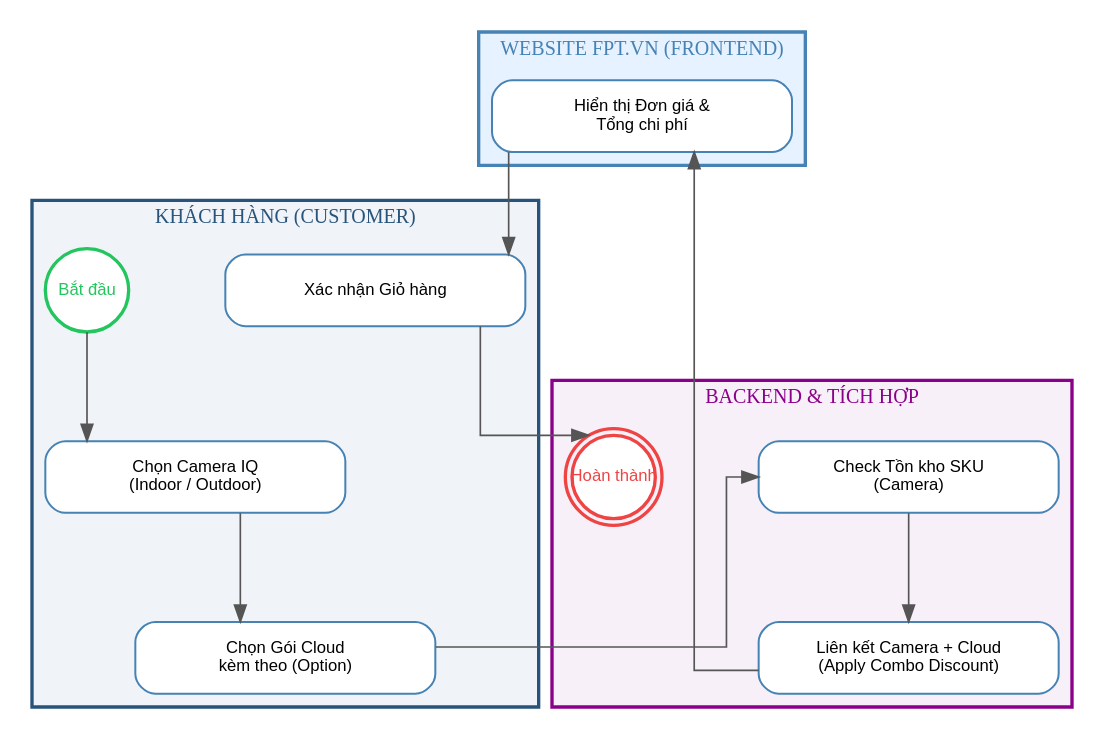
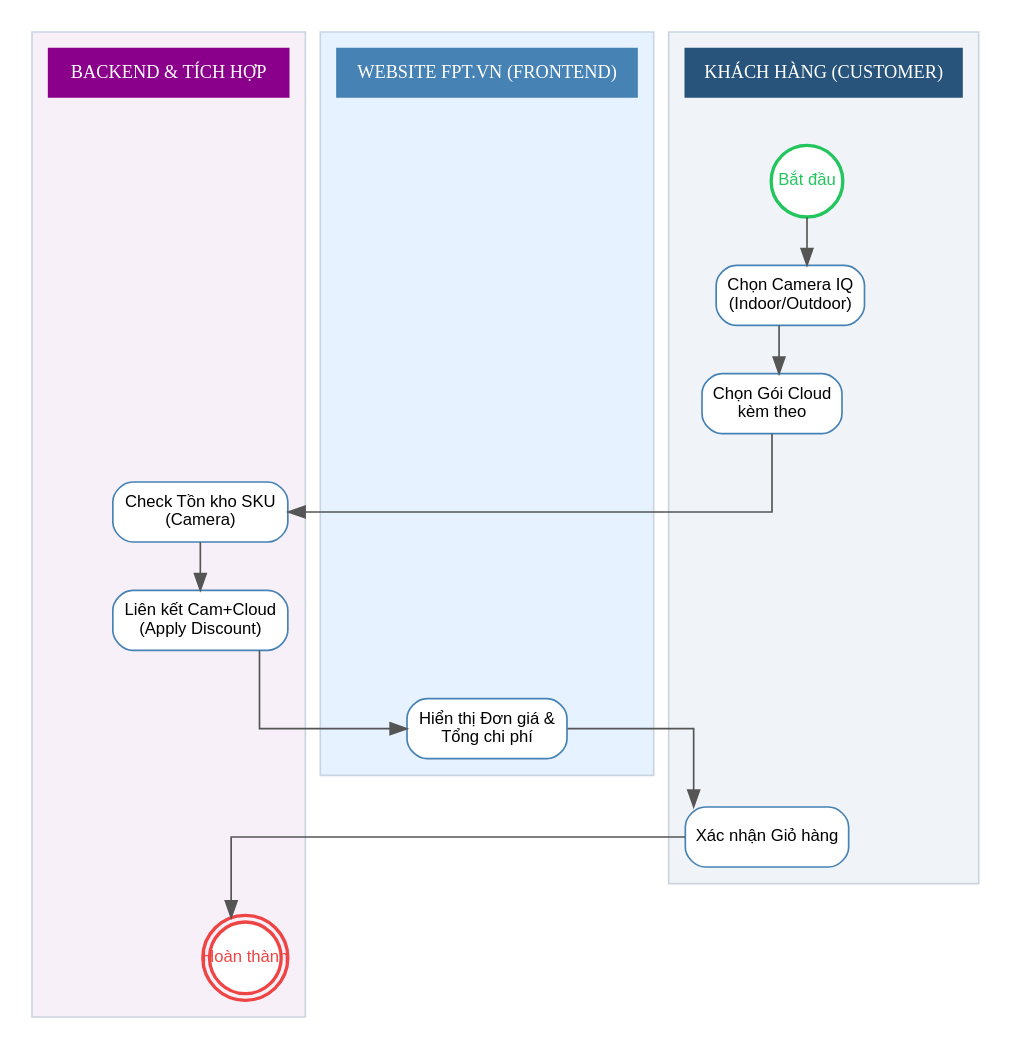
Before and after one commit to hathuy2706-BA/FPT: the diagram in diagrams/bpmn_fr01_camera.dot, drawn with Graphviz. The commit also changed 17 other files, not shown here.

Commit message:
docs: Refine BPMN diagrams to strictly separate customer/system nodes into distinct vertical swimlanes fitting perfectly inside document frame

```diff
--- a/diagrams/bpmn_fr01_camera.dot
+++ b/diagrams/bpmn_fr01_camera.dot
@@ -1,42 +1,42 @@
 
 digraph G {
 
     rankdir=TB;
     splines=ortho;
-    nodesep=0.8;
-    ranksep=0.8;
-    node [fontname="Arial", fontsize=10, shape=box, style="rounded,filled", fillcolor="white", color="#4682B4", penwidth=1.2, width=2.5, height=0.6];
+    nodesep=0.4;
+    ranksep=0.4;
+    newrank=true;
+    compound=true;
+    fontname="Arial";
+    
+    // Default node style
+    node [fontname="Arial", fontsize=10, shape=box, style="rounded,filled", fillcolor="white", color="#4682B4", penwidth=1.0, margin=0.1];
     edge [fontname="Arial", fontsize=9, color="#555555", penwidth=1.0];
 
-
     subgraph cluster_customer {
-        label="KHÁCH HÀNG (CUSTOMER)";
-        style=filled; color="#28547B"; fillcolor="#F0F4F8"; penwidth=2;
-        fontcolor="#28547B"; fontsize=12; fontname="Arial bold"; labelloc="t"; labeljust="c";
-
-        start [label="Bắt đầu", shape=circle, style="filled", fillcolor="white", color="#22C55E", fontcolor="#22C55E", penwidth=2, width=0.7, fixedsize=true];
-        select_cam [label="Chọn Camera IQ\n(Indoor / Outdoor)"];
-        choose_cloud [label="Chọn Gói Cloud\nkèm theo (Option)"];
+        style=filled; color="#CBD5E1"; fillcolor="#F0F4F8"; penwidth=1; label=""; margin=10;
+        h_cust [label="KHÁCH HÀNG (CUSTOMER)", shape=box, style="filled", fillcolor="#28547B", color="#28547B", fontcolor="white", fontsize=11, fontname="Arial bold", width=2.0, height=0.4, fixedsize=false];
+        start [label="Bắt đầu", shape=circle, style="filled", fillcolor="white", color="#22C55E", fontcolor="#22C55E", penwidth=2, width=0.6, fixedsize=true];
+        select_cam [label="Chọn Camera IQ\n(Indoor/Outdoor)"];
+        choose_cloud [label="Chọn Gói Cloud\nkèm theo"];
         view_cart [label="Xác nhận Giỏ hàng"];
+        h_cust -> start [style=invis];
     }
-
     subgraph cluster_fe {
-        label="WEBSITE FPT.VN (FRONTEND)";
-        style=filled; color="#4682B4"; fillcolor="#E6F2FF"; penwidth=2;
-        fontcolor="#4682B4"; fontsize=12; fontname="Arial bold"; labelloc="t"; labeljust="c";
-
+        style=filled; color="#CBD5E1"; fillcolor="#E6F2FF"; penwidth=1; label=""; margin=10;
+        h_fe [label="WEBSITE FPT.VN (FRONTEND)", shape=box, style="filled", fillcolor="#4682B4", color="#4682B4", fontcolor="white", fontsize=11, fontname="Arial bold", width=2.0, height=0.4, fixedsize=false];
         render_item [label="Hiển thị Đơn giá &\nTổng chi phí"];
+        h_fe -> render_item [style=invis];
     }
-
     subgraph cluster_be {
-        label="BACKEND & TÍCH HỢP";
-        style=filled; color="#8B008B"; fillcolor="#F8F0F8"; penwidth=2;
-        fontcolor="#8B008B"; fontsize=12; fontname="Arial bold"; labelloc="t"; labeljust="c";
-
+        style=filled; color="#CBD5E1"; fillcolor="#F8F0F8"; penwidth=1; label=""; margin=10;
+        h_be [label="BACKEND & TÍCH HỢP", shape=box, style="filled", fillcolor="#8B008B", color="#8B008B", fontcolor="white", fontsize=11, fontname="Arial bold", width=2.0, height=0.4, fixedsize=false];
         check_sku [label="Check Tồn kho SKU\n(Camera)"];
-        bind_cloud [label="Liên kết Camera + Cloud\n(Apply Combo Discount)"];
-        end [label="Hoàn thành", shape=doublecircle, style="filled", fillcolor="white", color="#EF4444", fontcolor="#EF4444", penwidth=2, width=0.7, fixedsize=true];
+        bind_cloud [label="Liên kết Cam+Cloud\n(Apply Discount)"];
+        end [label="Hoàn thành", shape=doublecircle, style="filled", fillcolor="white", color="#EF4444", fontcolor="#EF4444", penwidth=2, width=0.6, fixedsize=true];
+        h_be -> check_sku [style=invis];
     }
-
+    { rank=same; h_cust; h_fe; h_be; }
+    
     start -> select_cam -> choose_cloud -> check_sku -> bind_cloud -> render_item -> view_cart -> end;
 }
```
